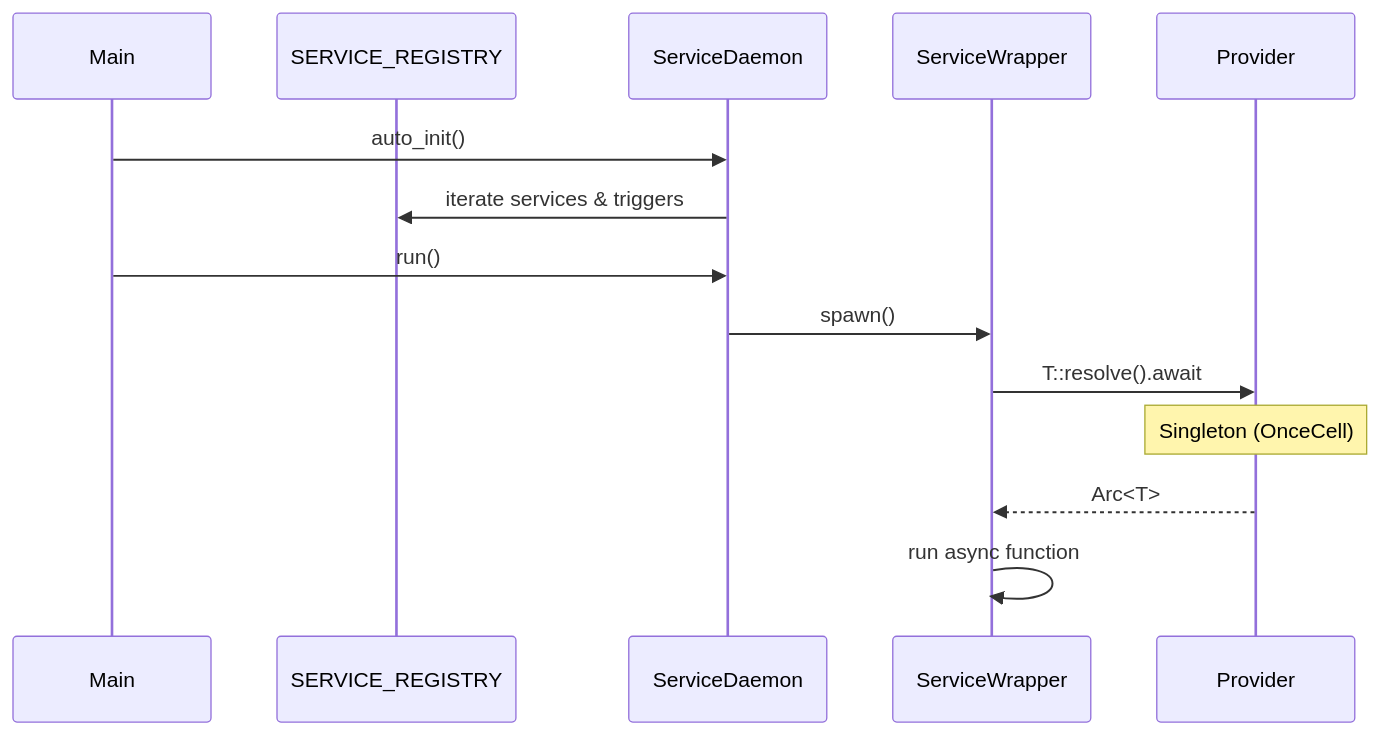
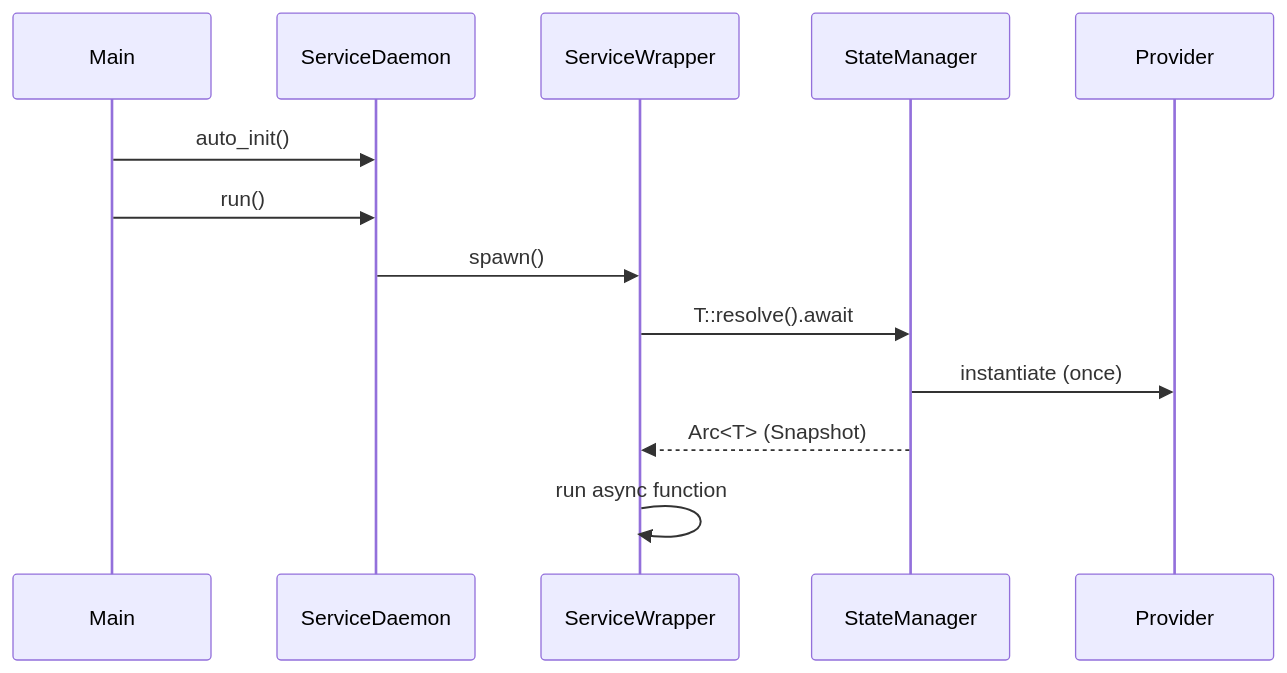
The first of 2 diagrams in README.md (loft-games/service-daemon-rs), drawn with Mermaid before and after one commit. The commit also changed other lines of this file and 16 other files, not shown here.

````diff
--- a/README.md
+++ b/README.md
@@ -188,17 +189,16 @@
 ```mermaid
 sequenceDiagram
     participant Main
-    participant SERVICE_REGISTRY
     participant ServiceDaemon
     participant ServiceWrapper
+    participant StateManager
     participant Provider
 
     Main->>ServiceDaemon: auto_init()
-    ServiceDaemon->>SERVICE_REGISTRY: iterate services & triggers
     Main->>ServiceDaemon: run()
     ServiceDaemon->>ServiceWrapper: spawn()
-    ServiceWrapper->>Provider: T::resolve().await
-    Note over Provider: Singleton (OnceCell)
-    Provider-->>ServiceWrapper: Arc<T>
+    ServiceWrapper->>StateManager: T::resolve().await
+    StateManager->>Provider: instantiate (once)
+    StateManager-->>ServiceWrapper: Arc<T> (Snapshot)
     ServiceWrapper->>ServiceWrapper: run async function
 ```
````
